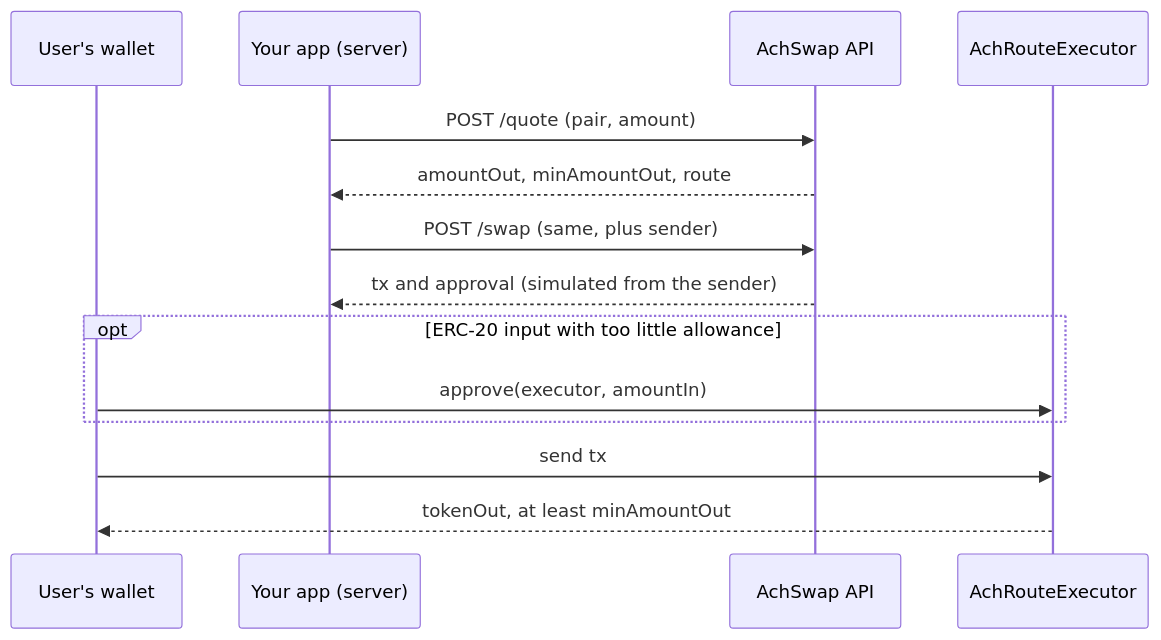
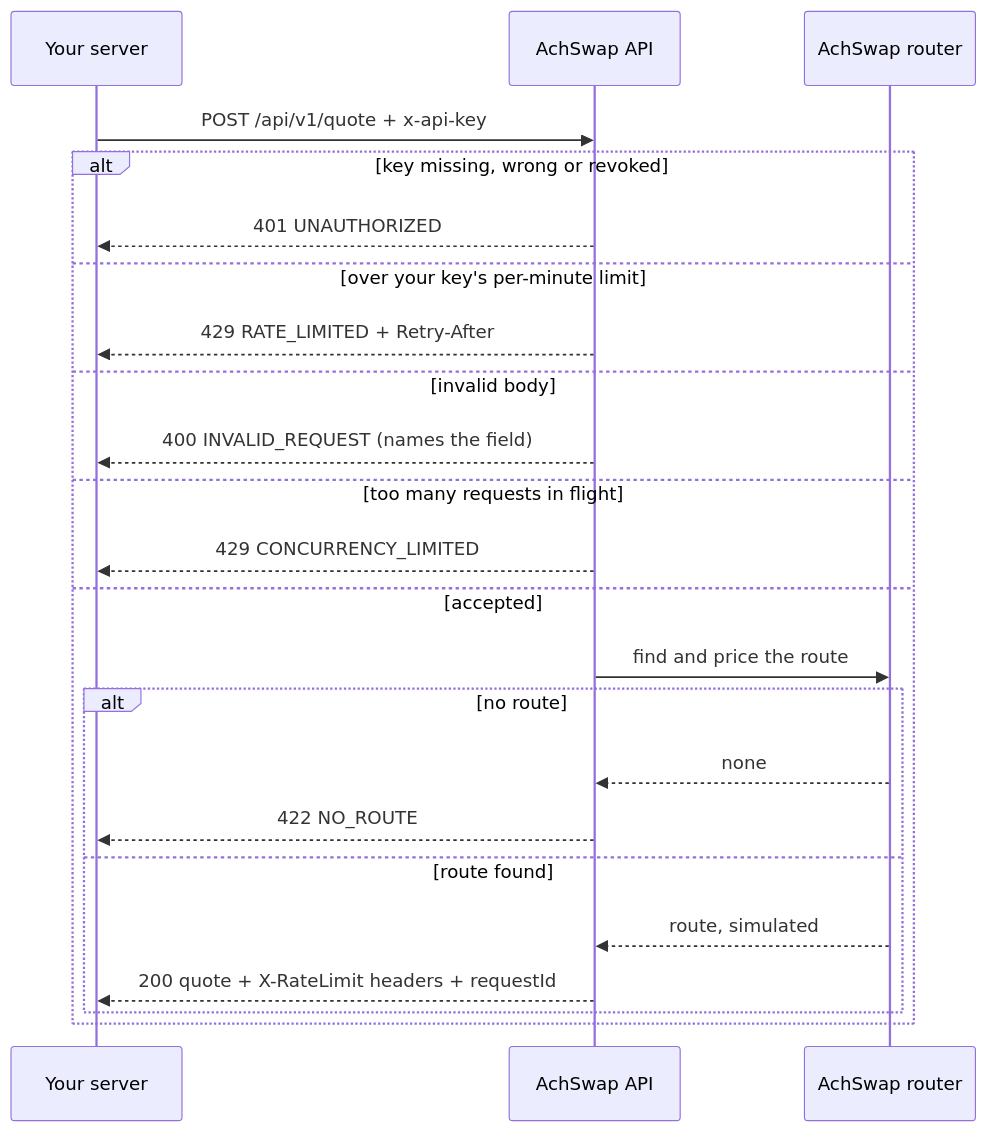
One commit to Asif2902/achswap-docs changed the second of 2 diagrams in docs/developers/developer-api.md. Above: the diagram before and after it, drawn with Mermaid. The commit also changed other lines of this file and 38 other files, not shown here.

````diff
--- a/docs/developers/developer-api.md
+++ b/docs/developers/developer-api.md
@@ -23,16 +76,25 @@
 ```mermaid
 sequenceDiagram
-  participant U as User's wallet
-  participant A as Your app (server)
+  participant I as Your server
   participant API as AchSwap API
-  participant X as AchRouteExecutor
-  A->>API: POST /quote (pair, amount)
-  API-->>A: amountOut, minAmountOut, route
-  A->>API: POST /swap (same, plus sender)
-  API-->>A: tx and approval (simulated from the sender)
-  opt ERC-20 input with too little allowance
-    U->>X: approve(executor, amountIn)
+  participant R as AchSwap router
+  I->>API: POST /api/v1/quote + x-api-key
+  alt key missing, wrong or revoked
+    API-->>I: 401 UNAUTHORIZED
+  else over your key's per-minute limit
+    API-->>I: 429 RATE_LIMITED + Retry-After
+  else invalid body
+    API-->>I: 400 INVALID_REQUEST (names the field)
+  else too many requests in flight
+    API-->>I: 429 CONCURRENCY_LIMITED
+  else accepted
+    API->>R: find and price the route
+    alt no route
+      R-->>API: none
+      API-->>I: 422 NO_ROUTE
+    else route found
+      R-->>API: route, simulated
+      API-->>I: 200 quote + X-RateLimit headers + requestId
+    end
   end
-  U->>X: send tx
-  X-->>U: tokenOut, at least minAmountOut
 ```
````
